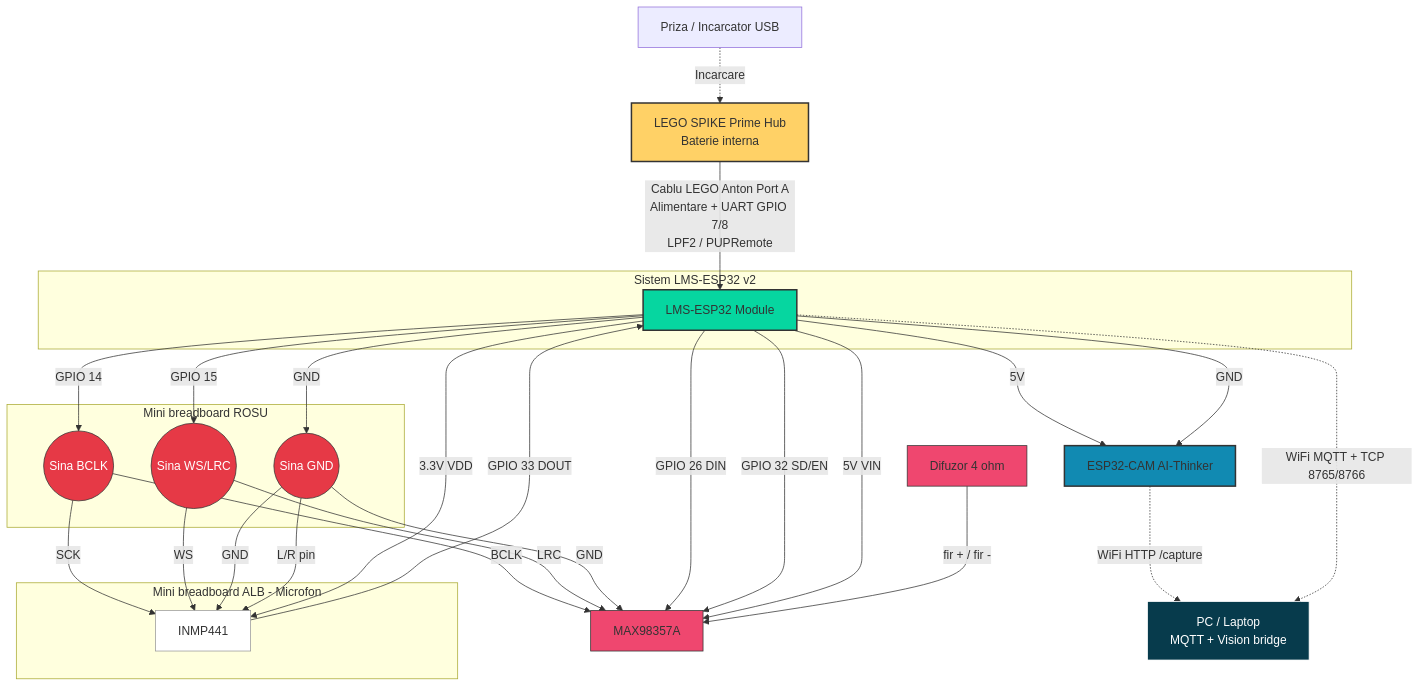
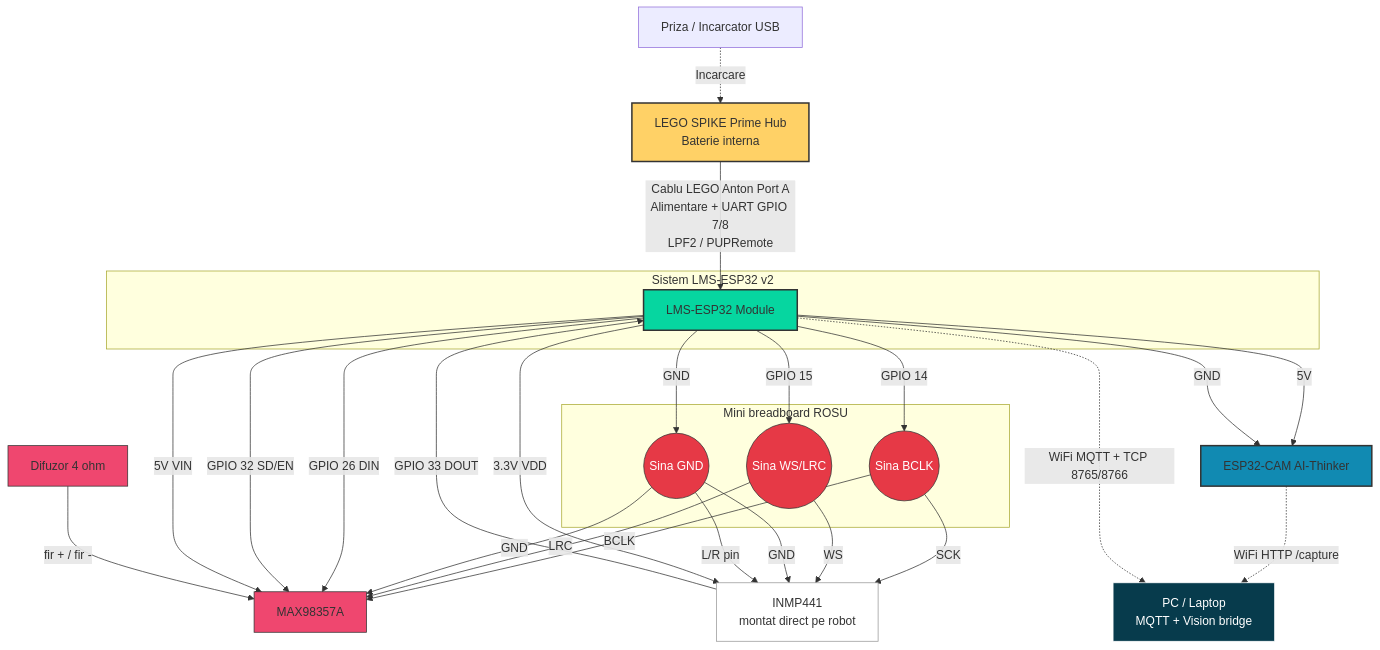
The diagram in docs/trisense_wiring.md (DoublxB/Trisense), drawn with Mermaid before and after one commit. The commit also changed 15 other files, not shown here.

````diff
--- a/docs/trisense_wiring.md
+++ b/docs/trisense_wiring.md
@@ -5,67 +5,64 @@
 ```mermaid
 graph TD
     classDef hub fill:#ffd166,stroke:#333,stroke-width:2px;
     classDef lms fill:#06d6a0,stroke:#333,stroke-width:2px;
     classDef cam fill:#118ab2,stroke:#333,stroke-width:2px;
     classDef breadRed fill:#e63946,stroke:#333,stroke-width:1px,color:#fff;
-    classDef breadWhite fill:#ffffff,stroke:#999,stroke-width:1px;
+    classDef mic fill:#ffffff,stroke:#999,stroke-width:1px;
     classDef audio fill:#ef476f,stroke:#333,stroke-width:1px;
     classDef pc fill:#073b4c,stroke:#fff,stroke-width:1px,color:#fff;
 
     Wall["Priza / Incarcator USB"] -. Incarcare .-> Hub["LEGO SPIKE Prime Hub<br/>Baterie interna"]
 
     subgraph LMS_Block["Sistem LMS-ESP32 v2"]
         LMS["LMS-ESP32 Module"]
     end
 
     Hub -- "Cablu LEGO Anton Port A<br/>Alimentare + UART GPIO 7/8<br/>LPF2 / PUPRemote" --> LMS
 
     subgraph Mini_Breadboard_Red["Mini breadboard ROSU"]
         BCLK_Bus(("Sina BCLK"))
         WS_Bus(("Sina WS/LRC"))
         GND_Bus(("Sina GND"))
     end
 
-    subgraph Mini_Breadboard_White["Mini breadboard ALB - Microfon"]
-        Mic["INMP441"]
-    end
-
+    Mic["INMP441<br/>montat direct pe robot"]
     Amp["MAX98357A"]
     Speaker["Difuzor 4 ohm"]
     Cam["ESP32-CAM AI-Thinker"]
     PC["PC / Laptop<br/>MQTT + Vision bridge"]
 
     LMS -- GPIO 14 --> BCLK_Bus
     LMS -- GPIO 15 --> WS_Bus
     LMS -- GND --> GND_Bus
 
     BCLK_Bus -- BCLK --> Amp
     BCLK_Bus -- SCK --> Mic
     WS_Bus -- LRC --> Amp
     WS_Bus -- WS --> Mic
     GND_Bus -- GND --> Amp
     GND_Bus -- GND --> Mic
     GND_Bus -- "L/R pin" --> Mic
 
     LMS -- "GPIO 26 DIN" --> Amp
     LMS -- "GPIO 32 SD/EN" --> Amp
     Mic -- "GPIO 33 DOUT" --> LMS
     LMS -- "3.3V VDD" --> Mic
     LMS -- "5V VIN" --> Amp
 
     Speaker -- "fir + / fir -" --> Amp
 
     LMS -- 5V --> Cam
     LMS -- GND --> Cam
 
     Cam -. "WiFi HTTP /capture" .-> PC
     LMS -. "WiFi MQTT + TCP 8765/8766" .-> PC
 
     class Hub hub;
     class LMS lms;
     class Cam cam;
     class BCLK_Bus,WS_Bus,GND_Bus breadRed;
-    class Mic breadWhite;
+    class Mic mic;
     class Amp,Speaker audio;
     class PC pc;
 ```
````
